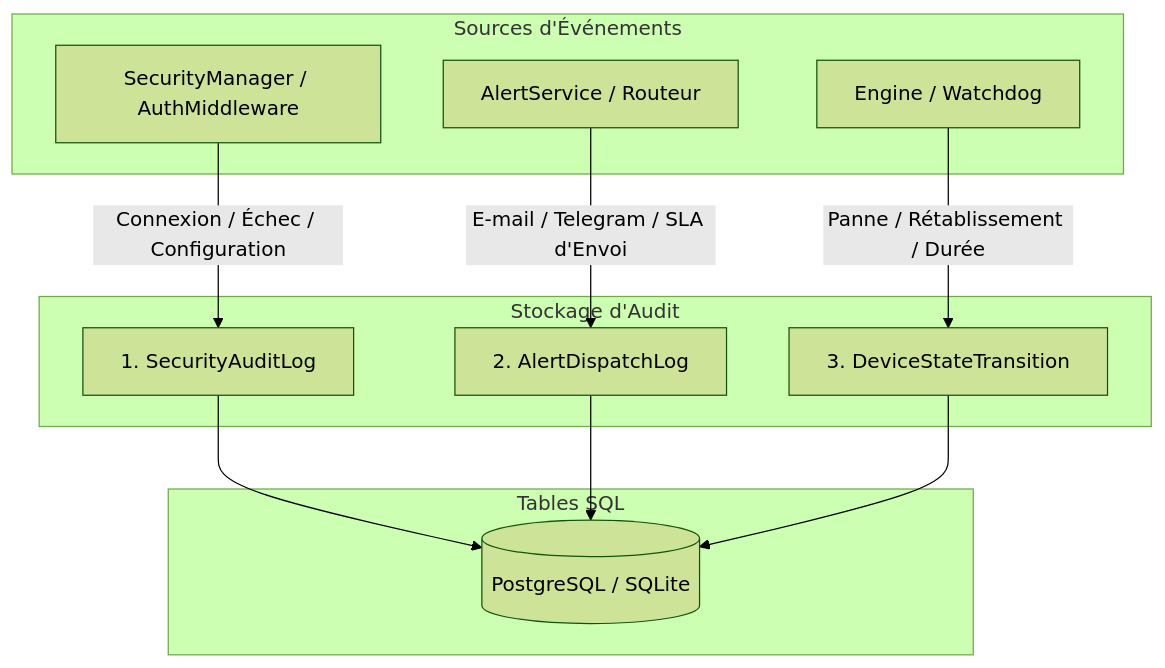
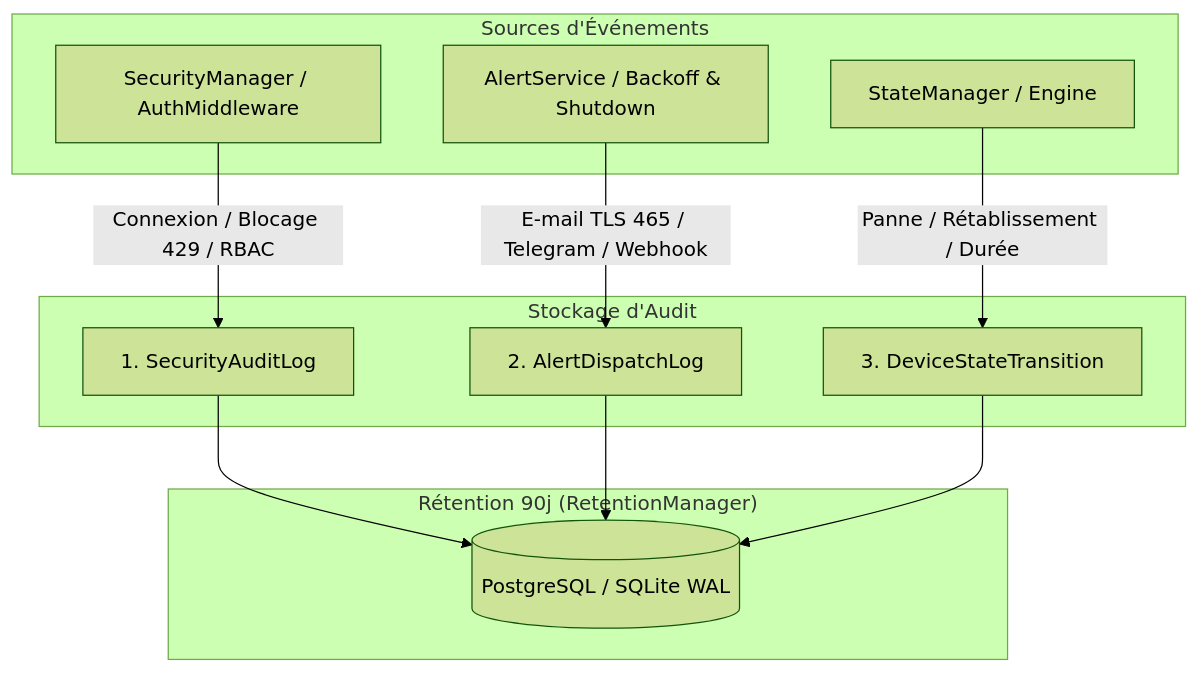
The diagram in docs/fr/audit_trail.md (Noxfort-Systems-Brazil/MONITOR), drawn with Mermaid (forest theme) before and after one commit. The commit also changed other lines of this file and 186 other files, not shown here.

````diff
--- a/docs/fr/audit_trail.md
+++ b/docs/fr/audit_trail.md
@@ -13,26 +11,26 @@
 ```mermaid
 graph TD
     subgraph "Sources d'Événements"
         Auth[SecurityManager / AuthMiddleware]
-        Alerts[AlertService / Routeur]
-        Watchdog[Engine / Watchdog]
+        Alerts[AlertService / Backoff & Shutdown]
+        Watchdog[StateManager / Engine]
     end
 
     subgraph "Stockage d'Audit"
         SecLog[1. SecurityAuditLog]
         AlertLog[2. AlertDispatchLog]
         TransLog[3. DeviceStateTransition]
     end
 
-    subgraph "Tables SQL"
-        DB[(PostgreSQL / SQLite)]
+    subgraph "Rétention 90j (RetentionManager)"
+        DB[(PostgreSQL / SQLite WAL)]
     end
 
-    Auth -->|Connexion / Échec / Configuration| SecLog
-    Alerts -->|E-mail / Telegram / SLA d'Envoi| AlertLog
+    Auth -->|Connexion / Blocage 429 / RBAC| SecLog
+    Alerts -->|E-mail TLS 465 / Telegram / Webhook| AlertLog
     Watchdog -->|Panne / Rétablissement / Durée| TransLog
 
     SecLog --> DB
     AlertLog --> DB
     TransLog --> DB
 ```
````
